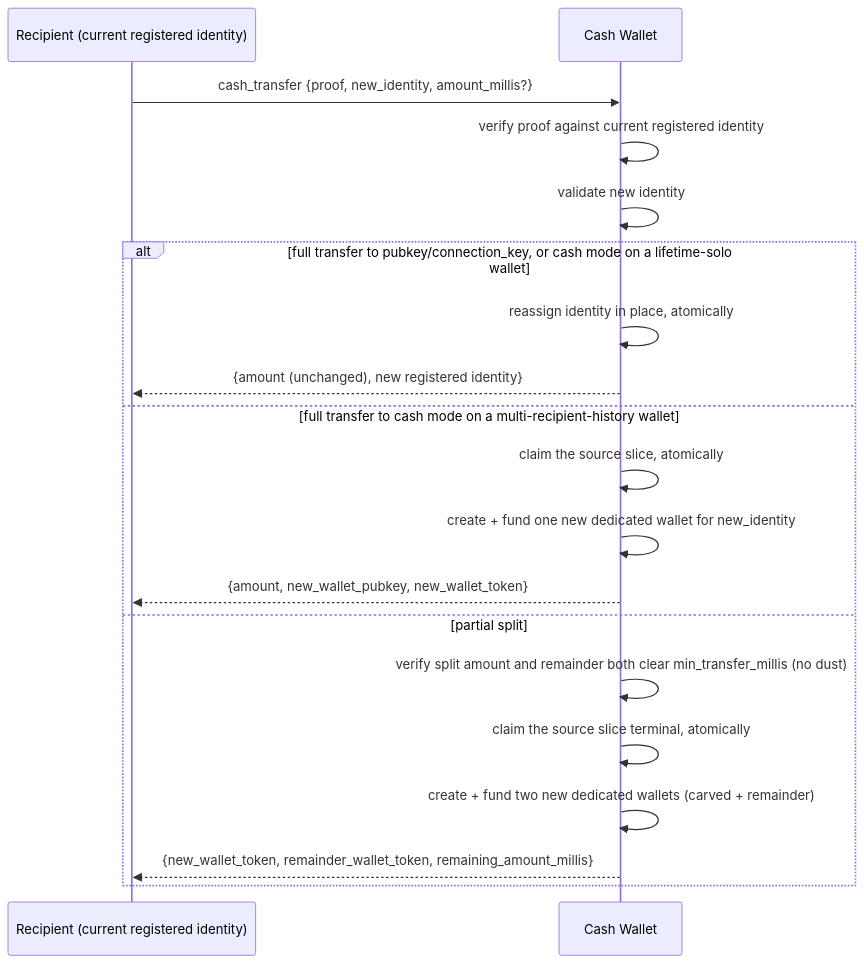
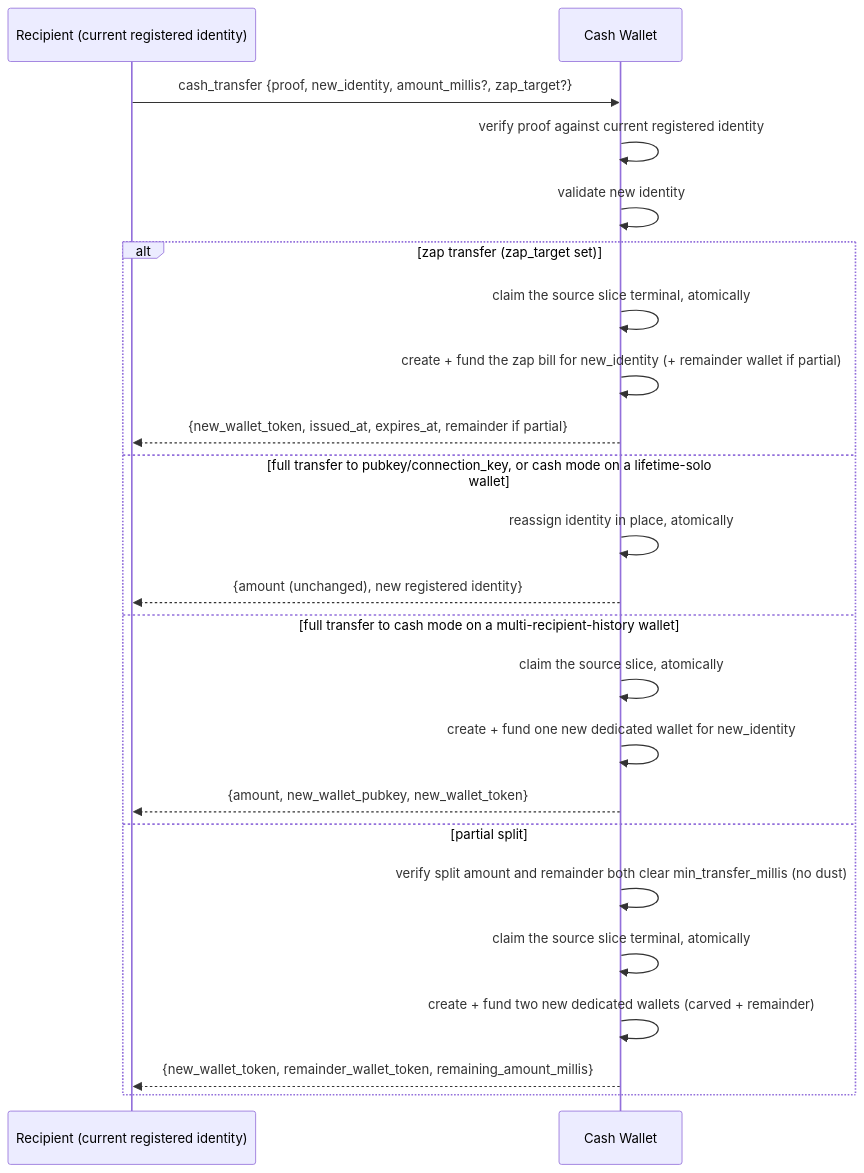
Before and after one commit to ohstr/nips: the fourth of 8 diagrams in NIP-CASH.md, drawn with Mermaid. The commit also changed other lines of this file, not shown here.

Commit message:
docs(nip-cash): add zap transfers, always a new bill signed under the zap scheme

````diff
--- a/NIP-CASH.md
+++ b/NIP-CASH.md
@@ -752,22 +762,26 @@
 ```mermaid
 sequenceDiagram
     participant Caller as Recipient (current registered identity)
     participant Wallet as Cash Wallet
 
-    Caller->>Wallet: cash_transfer {proof, new_identity, amount_millis?}
+    Caller->>Wallet: cash_transfer {proof, new_identity, amount_millis?, zap_target?}
     Wallet->>Wallet: verify proof against current registered identity
     Wallet->>Wallet: validate new identity
-    alt full transfer to pubkey/connection_key, or cash mode on a lifetime-solo wallet
+    alt zap transfer (zap_target set)
+        Wallet->>Wallet: claim the source slice terminal, atomically
+        Wallet->>Wallet: create + fund the zap bill for new_identity (+ remainder wallet if partial)
+        Wallet-->>Caller: {new_wallet_token, issued_at, expires_at, remainder if partial}
+    else full transfer to pubkey/connection_key, or cash mode on a lifetime-solo wallet
         Wallet->>Wallet: reassign identity in place, atomically
         Wallet-->>Caller: {amount (unchanged), new registered identity}
     else full transfer to cash mode on a multi-recipient-history wallet
         Wallet->>Wallet: claim the source slice, atomically
         Wallet->>Wallet: create + fund one new dedicated wallet for new_identity
         Wallet-->>Caller: {amount, new_wallet_pubkey, new_wallet_token}
     else partial split
         Wallet->>Wallet: verify split amount and remainder both clear min_transfer_millis (no dust)
         Wallet->>Wallet: claim the source slice terminal, atomically
         Wallet->>Wallet: create + fund two new dedicated wallets (carved + remainder)
         Wallet-->>Caller: {new_wallet_token, remainder_wallet_token, remaining_amount_millis}
     end
 ```
````
